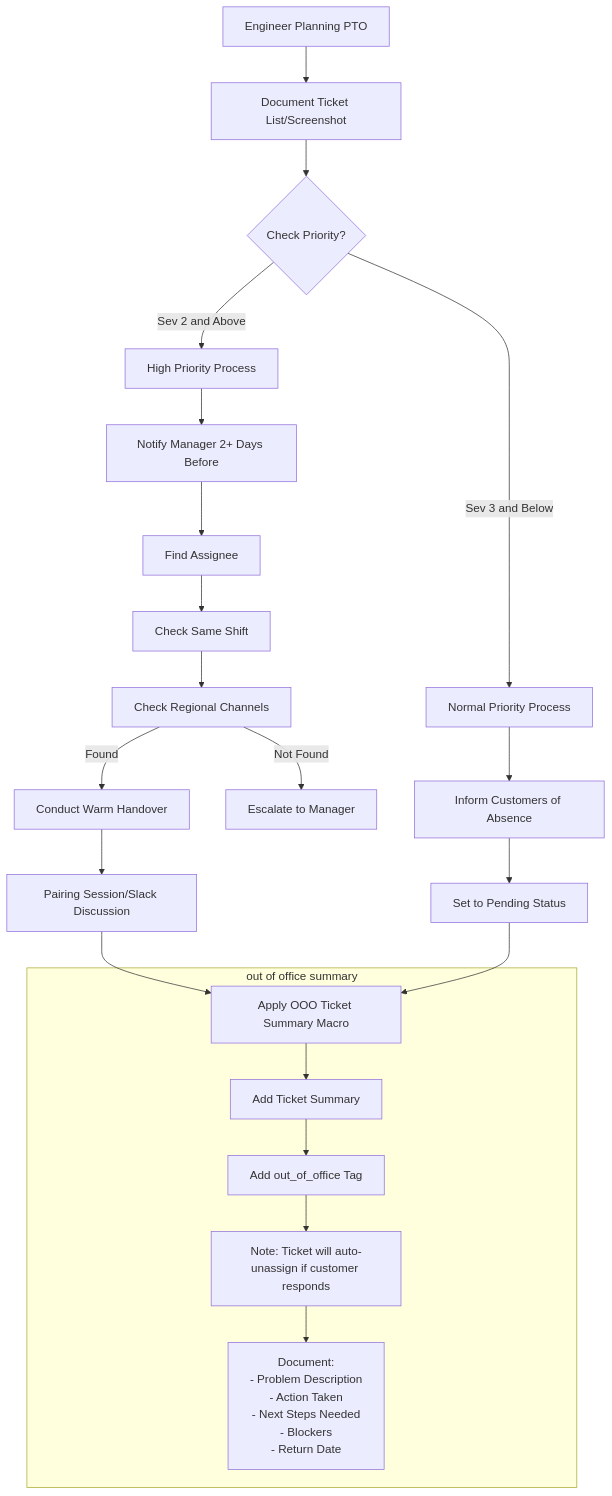
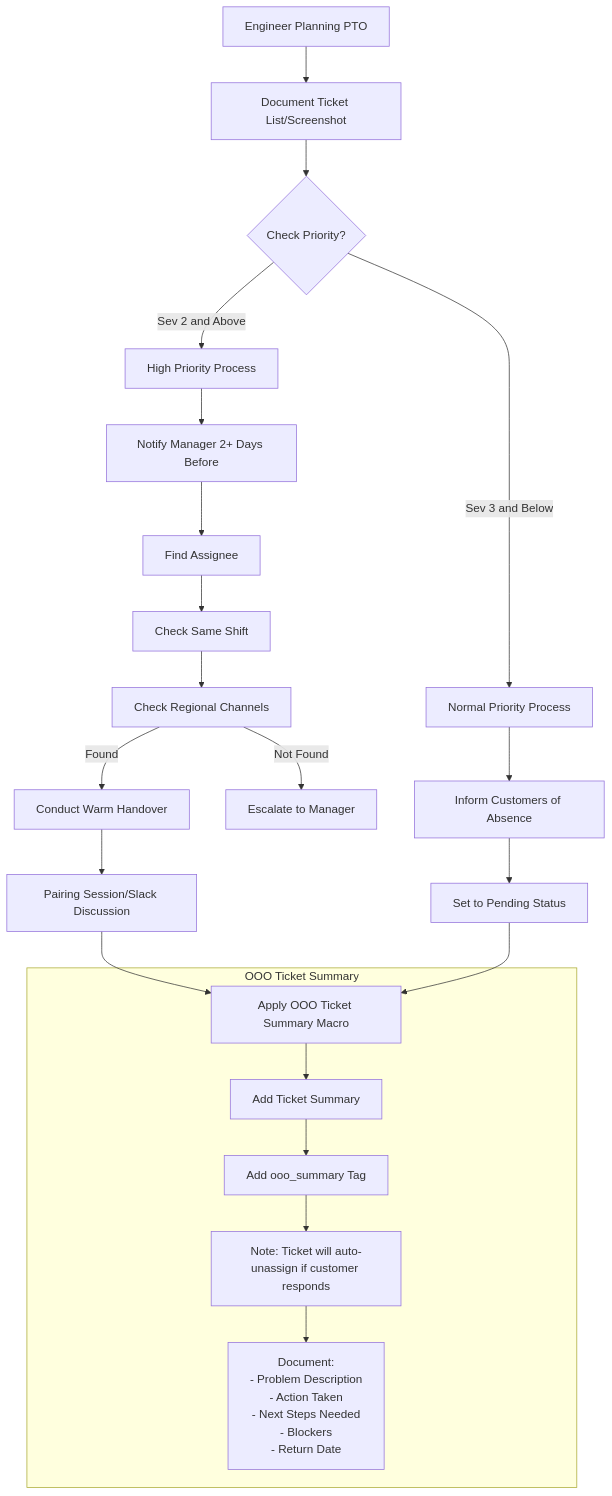
The diagram in content/handbook/support/workflows/ooo-ticket-management.md (zalyoung/gitlab-handbook), drawn with Mermaid before and after one commit. The commit also changed other lines of this file, not shown here.

Commit message:
Reference correct macro and tag

````diff
--- a/content/handbook/support/workflows/ooo-ticket-management.md
+++ b/content/handbook/support/workflows/ooo-ticket-management.md
@@ -59,36 +59,36 @@
 ```mermaid
 flowchart TD
     Start[Engineer Planning PTO] --> DocumentTickets[Document Ticket List/Screenshot]
     DocumentTickets --> TicketPriority{Check Priority?}
     
     TicketPriority -->|Sev 2 and Above| HighPriority[High Priority Process]
     TicketPriority -->|Sev 3 and Below| NormalPriority[Normal Priority Process]
     
     HighPriority --> NotifyManager[Notify Manager 2+ Days Before]
     NotifyManager --> FindAssignee[Find Assignee]
     
     FindAssignee --> SameShift[Check Same Shift]
     SameShift --> OtherRegions[Check Regional Channels]
     OtherRegions -->|Found| WarmHandover[Conduct Warm Handover]
     OtherRegions -->|Not Found| EscalateManager[Escalate to Manager]
     
     WarmHandover --> PairingSession[Pairing Session/Slack Discussion]
     PairingSession --> ApplyMacro[Apply OOO Ticket Summary Macro]
     
     NormalPriority --> InformCustomer[Inform Customers of Absence]
     InformCustomer --> SetPending[Set to Pending Status]
     SetPending --> ApplyMacro[Apply OOO Ticket Summary Macro]
     
     
-    subgraph MacroDetails [out of office summary]
+    subgraph MacroDetails [OOO Ticket Summary]
         ApplyMacro --> Summary[Add Ticket Summary]
-        Summary --> AddOOOTag[Add out_of_office Tag]
+        Summary --> AddOOOTag[Add ooo_summary Tag]
         AddOOOTag --> AutoUnassign[Note: Ticket will auto-unassign if customer responds]
         AutoUnassign --> DocumentDetails[Document: 
         - Problem Description 
         - Action Taken 
         - Next Steps Needed 
         - Blockers 
         - Return Date]
     end
 ```
````
